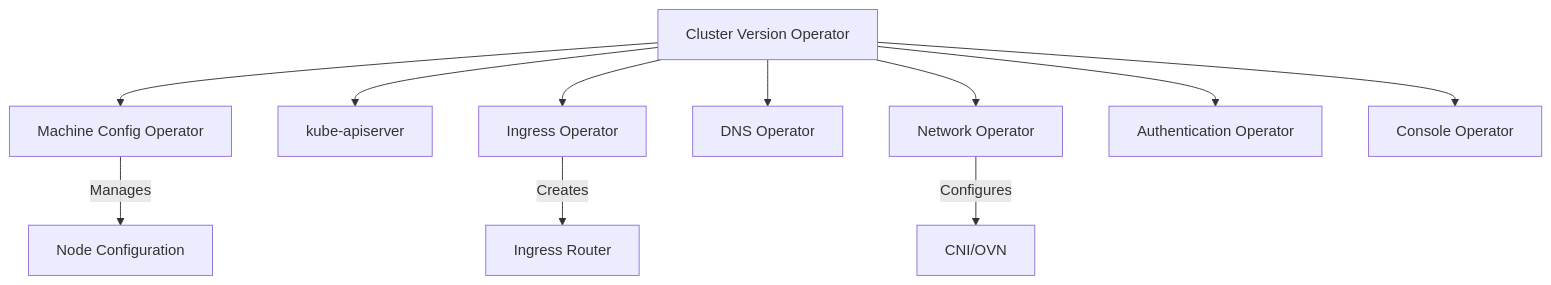
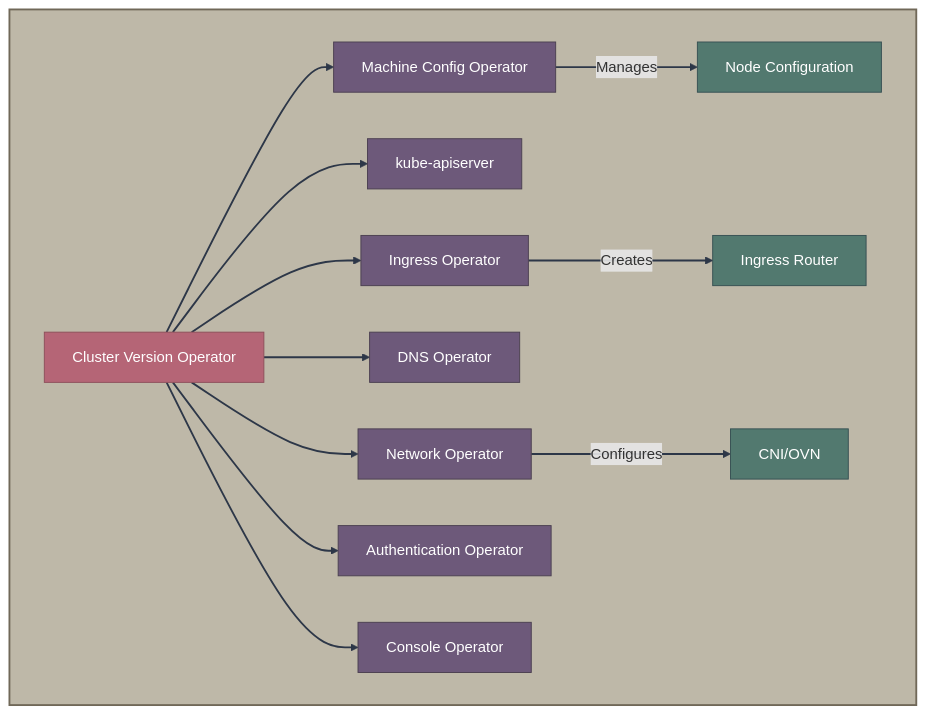
Before and after one commit to zszabo-rh/openshift-install-guide: the fourth of 5 diagrams in 02-traditional-installers/bootstrap-process.md, drawn with Mermaid. The commit also changed other lines of this file and 16 other files, not shown here.

Commit message:
improved diagram style

````diff
--- a/02-traditional-installers/bootstrap-process.md
+++ b/02-traditional-installers/bootstrap-process.md
@@ -212,16 +253,34 @@
 ```mermaid
 graph TD
-    CVO[Cluster Version Operator]
+    subgraph background[" "]
+        CVO[Cluster Version Operator]
+        
+        CVO --> MCO[Machine Config Operator]
+        CVO --> KAPI[kube-apiserver]
+        CVO --> INGRESS[Ingress Operator]
+        CVO --> DNS[DNS Operator]
+        CVO --> NET[Network Operator]
+        CVO --> AUTH[Authentication Operator]
+        CVO --> CONSOLE[Console Operator]
+        
+        MCO -->|Manages| NODES[Node Configuration]
+        INGRESS -->|Creates| ROUTER[Ingress Router]
+        NET -->|Configures| CNI[CNI/OVN]
+    end
     
-    CVO --> MCO[Machine Config Operator]
-    CVO --> KAPI[kube-apiserver]
-    CVO --> INGRESS[Ingress Operator]
-    CVO --> DNS[DNS Operator]
-    CVO --> NET[Network Operator]
-    CVO --> AUTH[Authentication Operator]
-    CVO --> CONSOLE[Console Operator]
+    style CVO fill:#b56576,stroke:#8d4e5a,color:#fff
+    style MCO fill:#6d597a,stroke:#4a3f50,color:#fff
+    style KAPI fill:#6d597a,stroke:#4a3f50,color:#fff
+    style INGRESS fill:#6d597a,stroke:#4a3f50,color:#fff
+    style DNS fill:#6d597a,stroke:#4a3f50,color:#fff
+    style NET fill:#6d597a,stroke:#4a3f50,color:#fff
+    style AUTH fill:#6d597a,stroke:#4a3f50,color:#fff
+    style CONSOLE fill:#6d597a,stroke:#4a3f50,color:#fff
+    style NODES fill:#52796f,stroke:#354f52,color:#fff
+    style ROUTER fill:#52796f,stroke:#354f52,color:#fff
+    style CNI fill:#52796f,stroke:#354f52,color:#fff
     
-    MCO -->|Manages| NODES[Node Configuration]
-    INGRESS -->|Creates| ROUTER[Ingress Router]
-    NET -->|Configures| CNI[CNI/OVN]
+    style background fill:#beb8a8,stroke:#706858,stroke-width:2px,color:#2d2d2d
+    
+    linkStyle default stroke:#2d3748,stroke-width:2px
 ```
````
